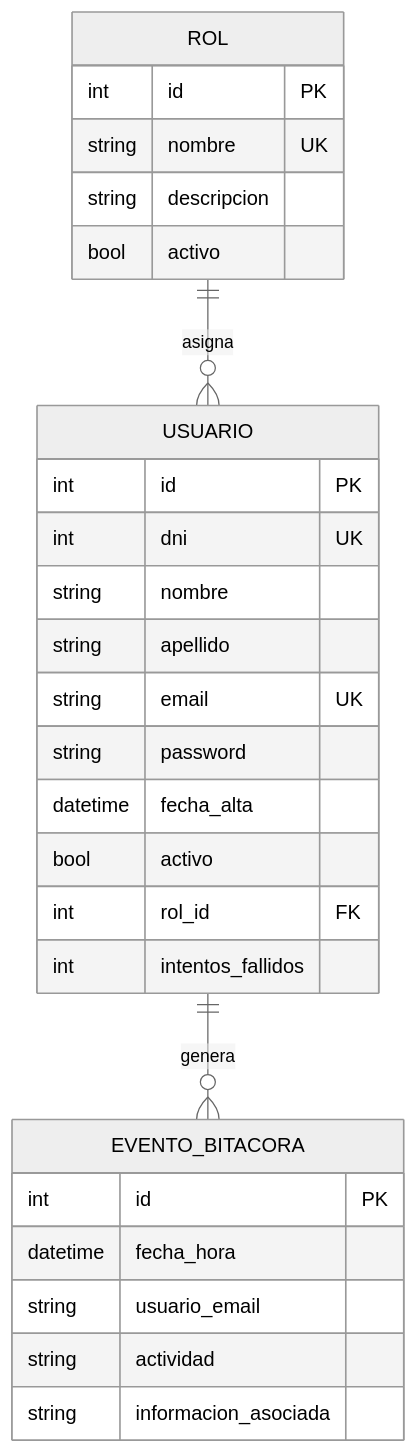
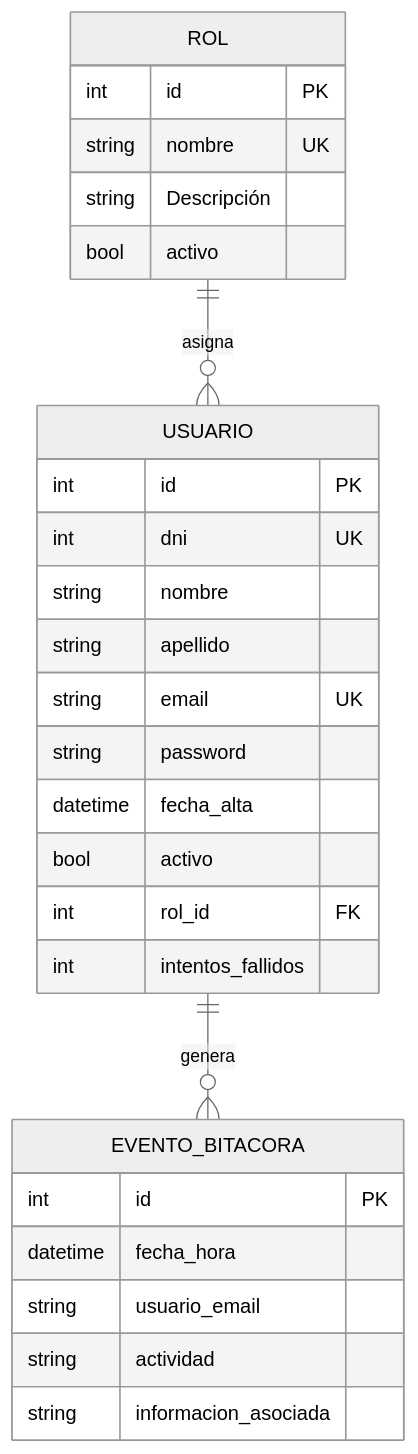
One commit to condenl/Trabajo-Practico-Final changed the second of 14 diagrams in Documentacion/Carpeta_Documentacion.md. Above: the diagram before and after it, drawn with Mermaid (neutral theme). The commit also changed other lines of this file and 9 other files, not shown here.

````diff
--- a/Documentacion/Carpeta_Documentacion.md
+++ b/Documentacion/Carpeta_Documentacion.md
@@ -351,33 +497,33 @@
 ```mermaid
 erDiagram
     ROL ||--o{ USUARIO : "asigna"
     USUARIO ||--o{ EVENTO_BITACORA : "genera"
 
     ROL {
         int id PK
         string nombre UK
-        string descripcion
+        string Descripción
         bool activo
     }
 
     USUARIO {
         int id PK
         int dni UK
         string nombre
         string apellido
         string email UK
         string password
         datetime fecha_alta
         bool activo
         int rol_id FK
         int intentos_fallidos
     }
 
     EVENTO_BITACORA {
         int id PK
         datetime fecha_hora
         string usuario_email
         string actividad
         string informacion_asociada
     }
 ```
````
